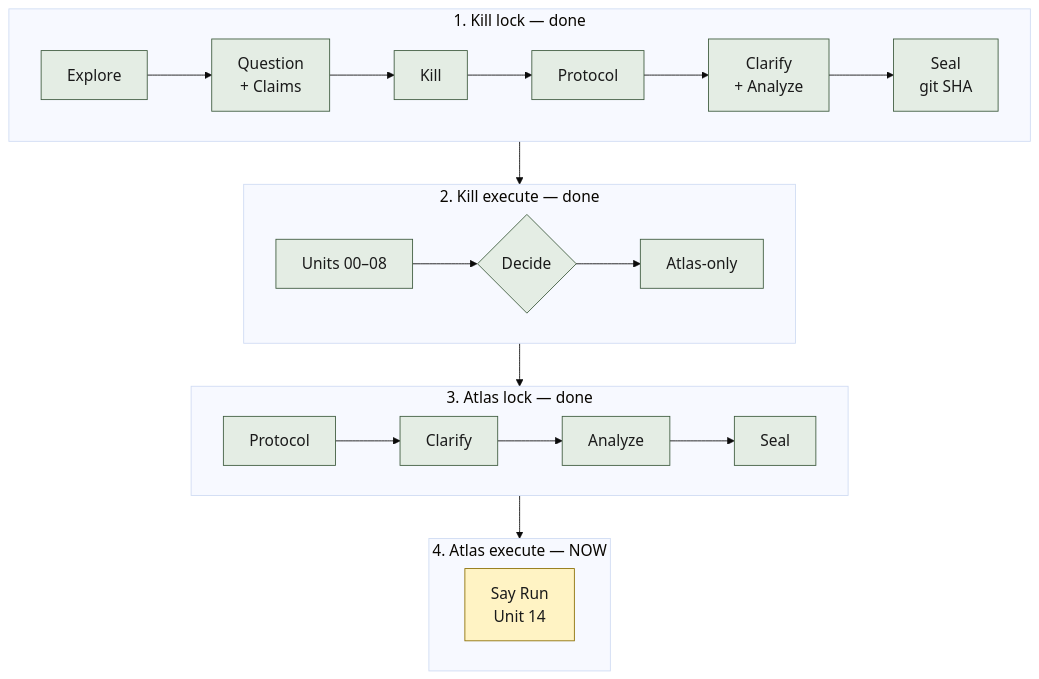
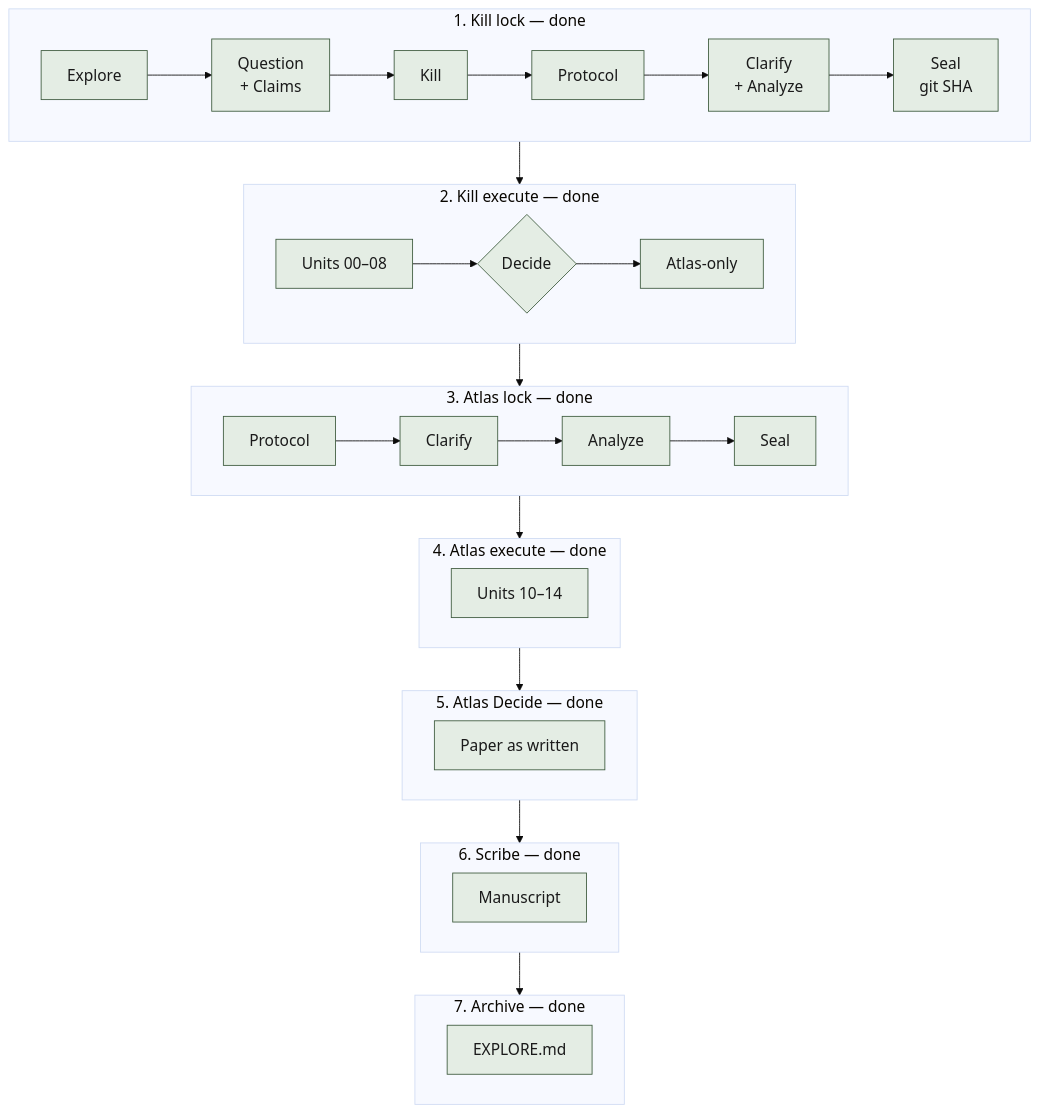
Before and after one commit to cauld/scendo: the diagram in docs/diagrams/seal-loop.mmd, drawn with Mermaid. The commit also changed 21 other files, not shown here.

First line of the commit message:
Record atlas Decide, Scribe manuscript, Archive, and shipping packet.

```diff
--- a/docs/diagrams/seal-loop.mmd
+++ b/docs/diagrams/seal-loop.mmd
@@ -1,37 +1,54 @@
 %%{init: {"theme": "base", "themeVariables": {"fontSize": "18px", "fontFamily": "Helvetica, Arial, sans-serif"}} }%%
 flowchart TB
   subgraph lock["1. Kill lock — done"]
     direction LR
     E[Explore] --> Q[Question<br/>+ Claims]
     Q --> K[Kill]
     K --> P[Protocol]
     P --> CA[Clarify<br/>+ Analyze]
     CA --> S[Seal<br/>git SHA]
   end
 
   subgraph exec["2. Kill execute — done"]
     direction LR
     U[Units 00–08] --> D{Decide}
     D --> AT[Atlas-only]
   end
 
   subgraph atlas["3. Atlas lock — done"]
     direction LR
     AP[Protocol] --> CL[Clarify]
     CL --> AA[Analyze]
     AA --> AS[Seal]
   end
 
-  subgraph run["4. Atlas execute — NOW"]
+  subgraph run["4. Atlas execute — done"]
     direction LR
-    R["Say Run<br/>Unit 14"]
+    R[Units 10–14]
+  end
+
+  subgraph decide["5. Atlas Decide — done"]
+    direction LR
+    D2[Paper as written]
+  end
+
+  subgraph scribe["6. Scribe — done"]
+    direction LR
+    SC[Manuscript]
+  end
+
+  subgraph archive["7. Archive — done"]
+    direction LR
+    AR[EXPLORE.md]
   end
 
   S --> U
   AT --> AP
   AS --> R
+  R --> D2
+  D2 --> SC
+  SC --> AR
 
   classDef done fill:#E4EDE4,stroke:#3D5A3D,color:#1A1A1A
   classDef now fill:#FFF3C4,stroke:#8A6D00,color:#1A1A1A
-  class E,Q,K,P,CA,S,U,D,AT,AP,CL,AA,AS done
-  class R now
+  class E,Q,K,P,CA,S,U,D,AT,AP,CL,AA,AS,R,D2,SC,AR done
```
